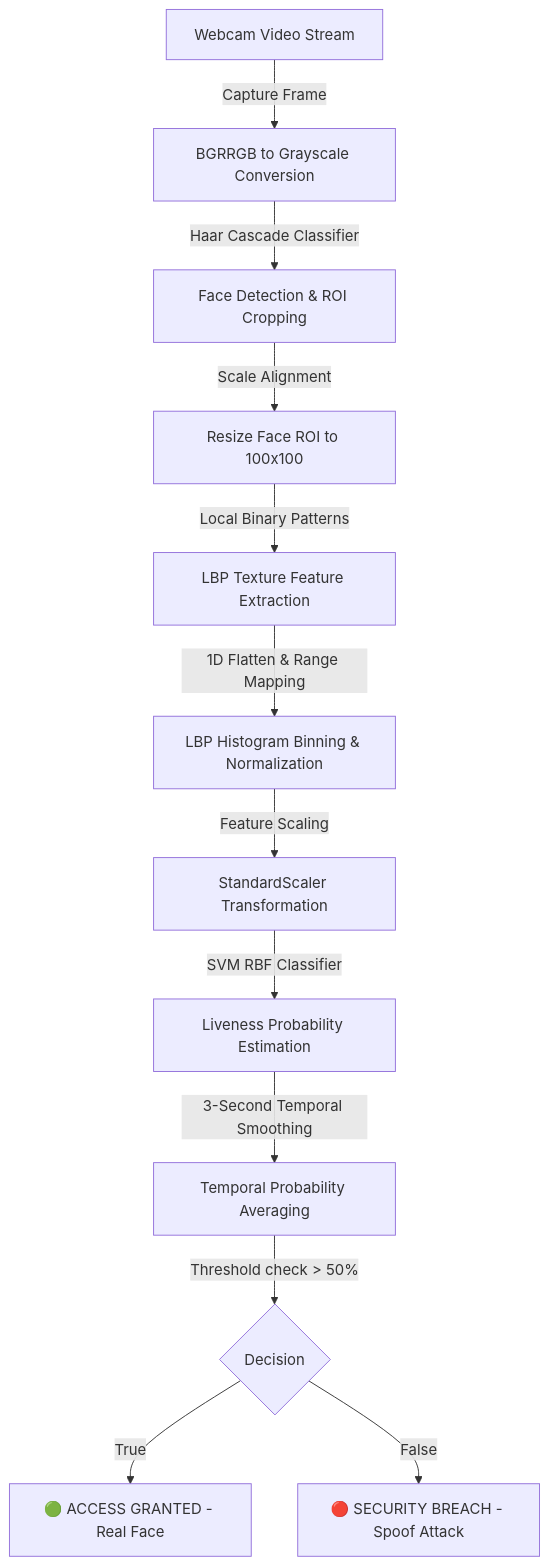
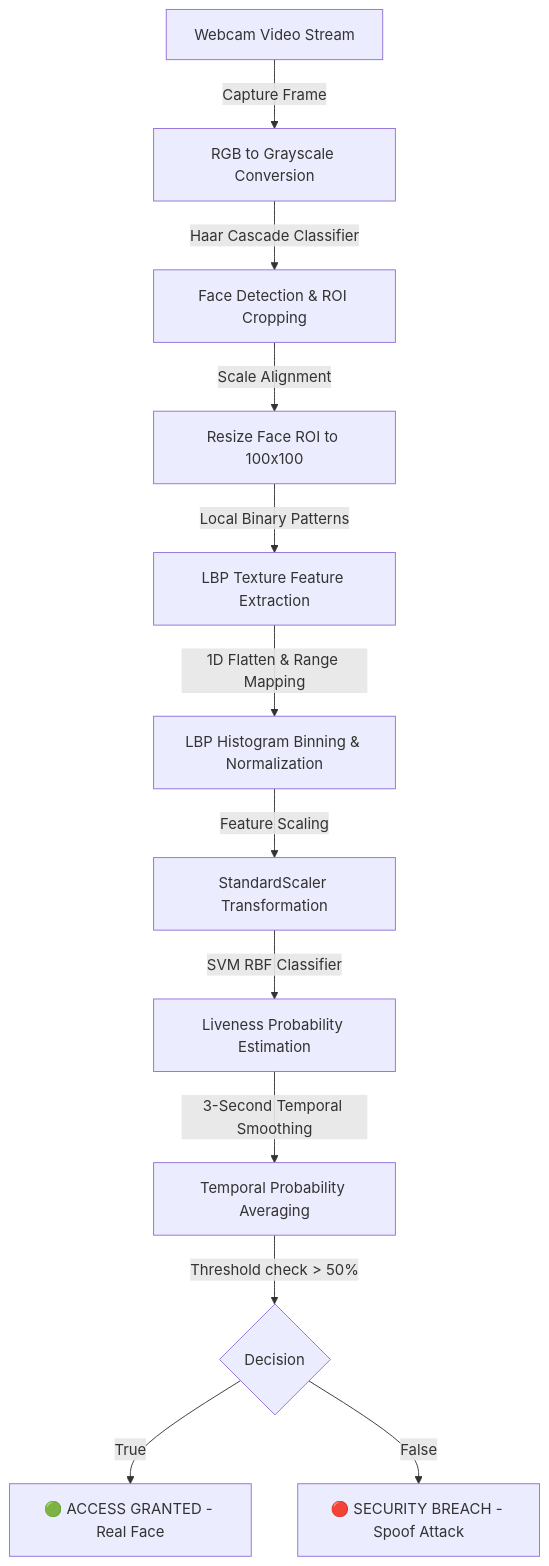
The diagram in README.md (Ghanem-MO/Face-Anti-Spoofing), drawn with Mermaid before and after one commit.

Commit message:
docs: fix typo in webcam capture workflow mermaid diagram

````diff
--- a/README.md
+++ b/README.md
@@ -63,14 +63,14 @@
 ```mermaid
 graph TD
-    A[Webcam Video Stream] -->|Capture Frame| B[BGRRGB to Grayscale Conversion]
+    A[Webcam Video Stream] -->|Capture Frame| B[RGB to Grayscale Conversion]
     B -->|Haar Cascade Classifier| C[Face Detection & ROI Cropping]
     C -->|Scale Alignment| D[Resize Face ROI to 100x100]
     D -->|Local Binary Patterns| E[LBP Texture Feature Extraction]
     E -->|1D Flatten & Range Mapping| F[LBP Histogram Binning & Normalization]
     F -->|Feature Scaling| G[StandardScaler Transformation]
     G -->|SVM RBF Classifier| H[Liveness Probability Estimation]
     H -->|3-Second Temporal Smoothing| I[Temporal Probability Averaging]
     I -->|Threshold check > 50%| J{Decision}
     J -->|True| K[🟢 ACCESS GRANTED - Real Face]
     J -->|False| L[🔴 SECURITY BREACH - Spoof Attack]
 ```
````
